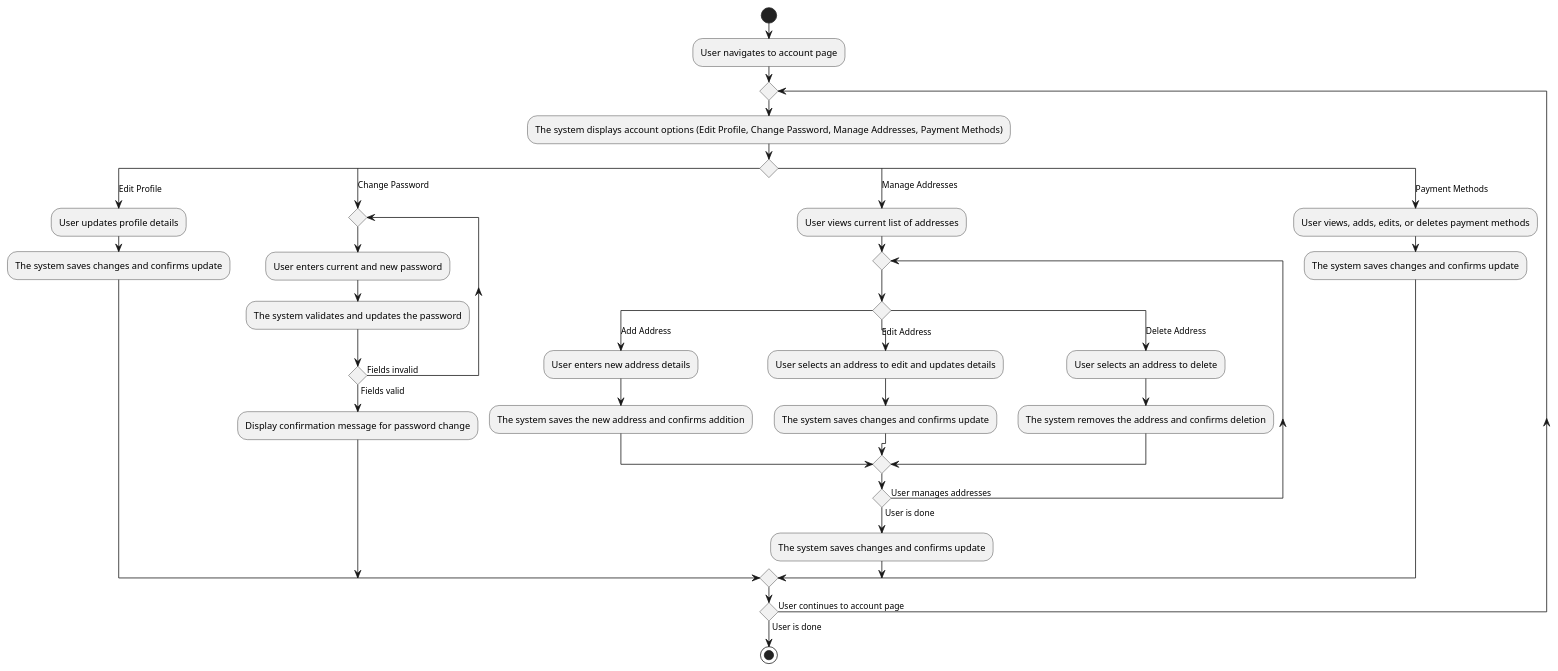
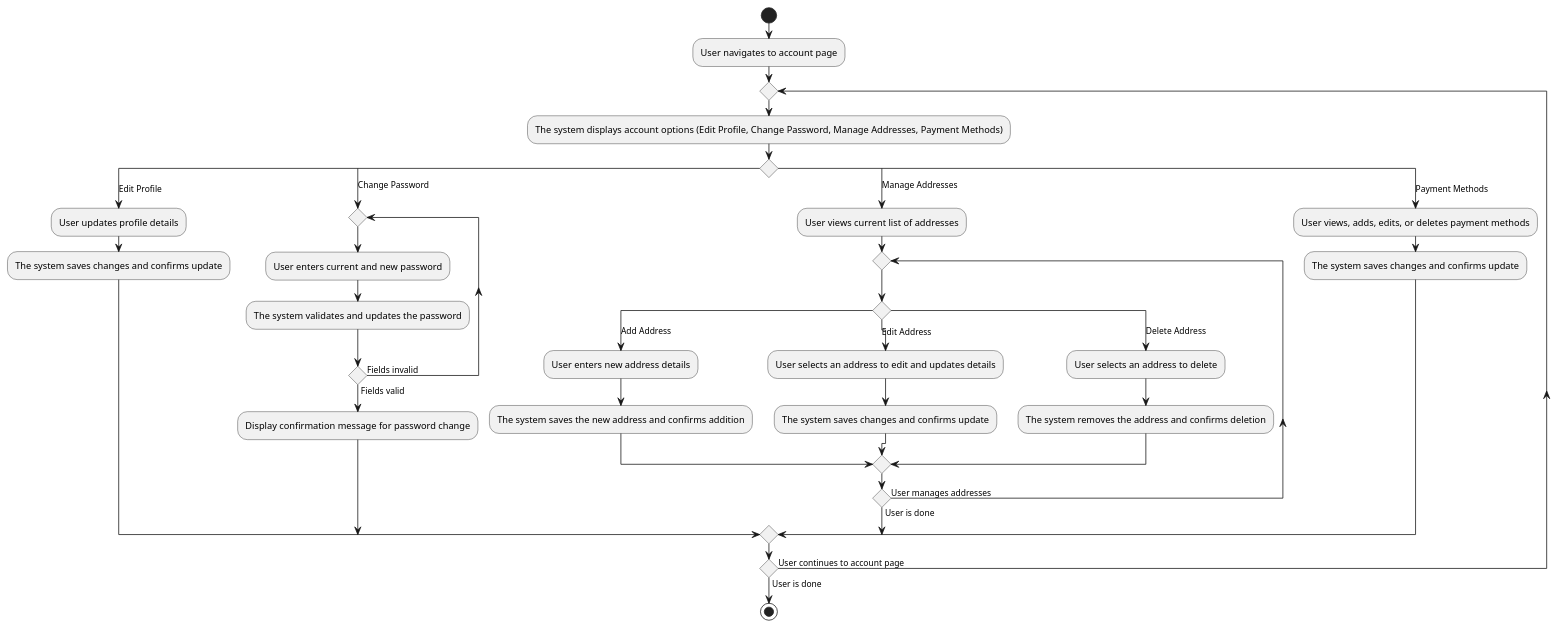
Before and after one commit to HighlyHylian/online-ecommerce-platform: the diagram in diagrams/US-13-14-16.puml, drawn with PlantUML.

```diff
--- a/diagrams/US-13-14-16.puml
+++ b/diagrams/US-13-14-16.puml
@@ -1,39 +1,38 @@
 @startuml US-13-14-16 Activity
 start
 :User navigates to account page;
 repeat
     :The system displays account options (Edit Profile, Change Password, Manage Addresses, Payment Methods);
     switch ()
         case (Edit Profile)
             :User updates profile details;
             :The system saves changes and confirms update;
         case (Change Password)
             repeat
                 :User enters current and new password;
                 :The system validates and updates the password;
             repeat while () is (Fields invalid) not (Fields valid)
             :Display confirmation message for password change;
         case (Manage Addresses)
             :User views current list of addresses;
             repeat
                 switch ()
                     case (Add Address)
                         :User enters new address details;
                         :The system saves the new address and confirms addition;
                     case (Edit Address)
                         :User selects an address to edit and updates details;
                         :The system saves changes and confirms update;
                     case (Delete Address)
                         :User selects an address to delete;
                         :The system removes the address and confirms deletion;
                 endswitch
             repeat while () is (User manages addresses) not (User is done)
-            :The system saves changes and confirms update;
         case (Payment Methods)
             :User views, adds, edits, or deletes payment methods;
             :The system saves changes and confirms update;
             ' note: Payment is not validated until billing during checkout
     endswitch
 repeat while () is (User continues to account page) not (User is done)
 stop
 @enduml
```
